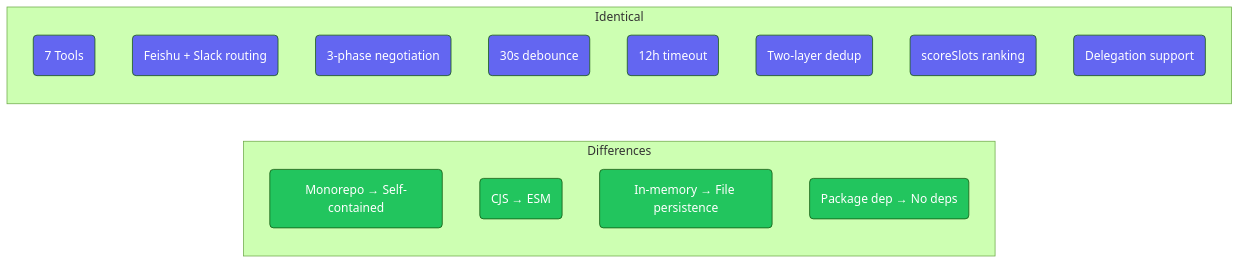
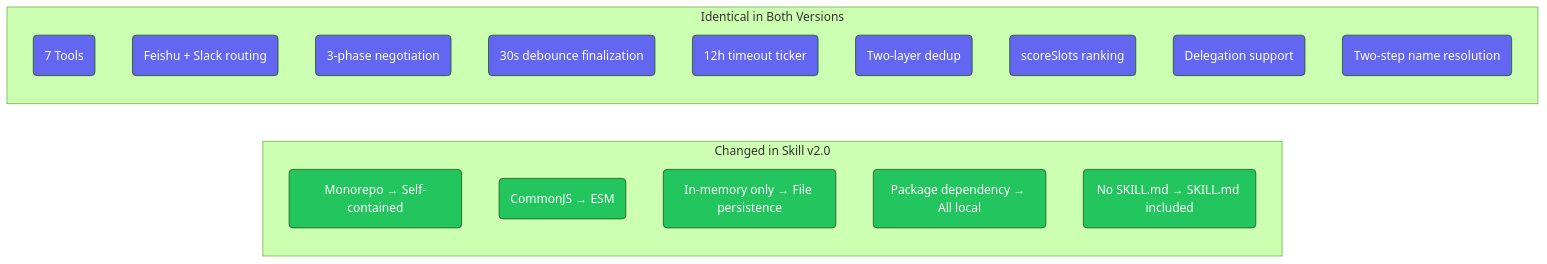
One commit to javana3/claw_meeting_all changed diagram 13 of 13 in README.md. Above: the diagram before and after it, drawn with Mermaid (forest theme). The commit also changed other lines of this file and 4 other files, not shown here.

First line of the commit message:
docs: rewrite all 5 READMEs with detailed Plugin/Skill flow + diff

````diff
--- a/README.md
+++ b/README.md
@@ -289,33 +469,37 @@
 ```mermaid
 graph LR
-    subgraph "Differences"
+    subgraph "Changed in Skill v2.0"
         D1(Monorepo → Self-contained)
-        D2(CJS → ESM)
-        D3(In-memory → File persistence)
-        D4(Package dep → No deps)
+        D2(CommonJS → ESM)
+        D3(In-memory only → File persistence)
+        D4(Package dependency → All local)
+        D5(No SKILL.md → SKILL.md included)
     end
 
-    subgraph "Identical"
+    subgraph "Identical in Both Versions"
         S1(7 Tools)
         S2(Feishu + Slack routing)
         S3(3-phase negotiation)
-        S4(30s debounce)
-        S5(12h timeout)
+        S4(30s debounce finalization)
+        S5(12h timeout ticker)
         S6(Two-layer dedup)
         S7(scoreSlots ranking)
         S8(Delegation support)
+        S9(Two-step name resolution)
     end
 
     style D1 fill:#22c55e,color:#fff
     style D2 fill:#22c55e,color:#fff
     style D3 fill:#22c55e,color:#fff
     style D4 fill:#22c55e,color:#fff
+    style D5 fill:#22c55e,color:#fff
     style S1 fill:#6366f1,color:#fff
     style S2 fill:#6366f1,color:#fff
     style S3 fill:#6366f1,color:#fff
     style S4 fill:#6366f1,color:#fff
     style S5 fill:#6366f1,color:#fff
     style S6 fill:#6366f1,color:#fff
     style S7 fill:#6366f1,color:#fff
     style S8 fill:#6366f1,color:#fff
+    style S9 fill:#6366f1,color:#fff
 ```
````
